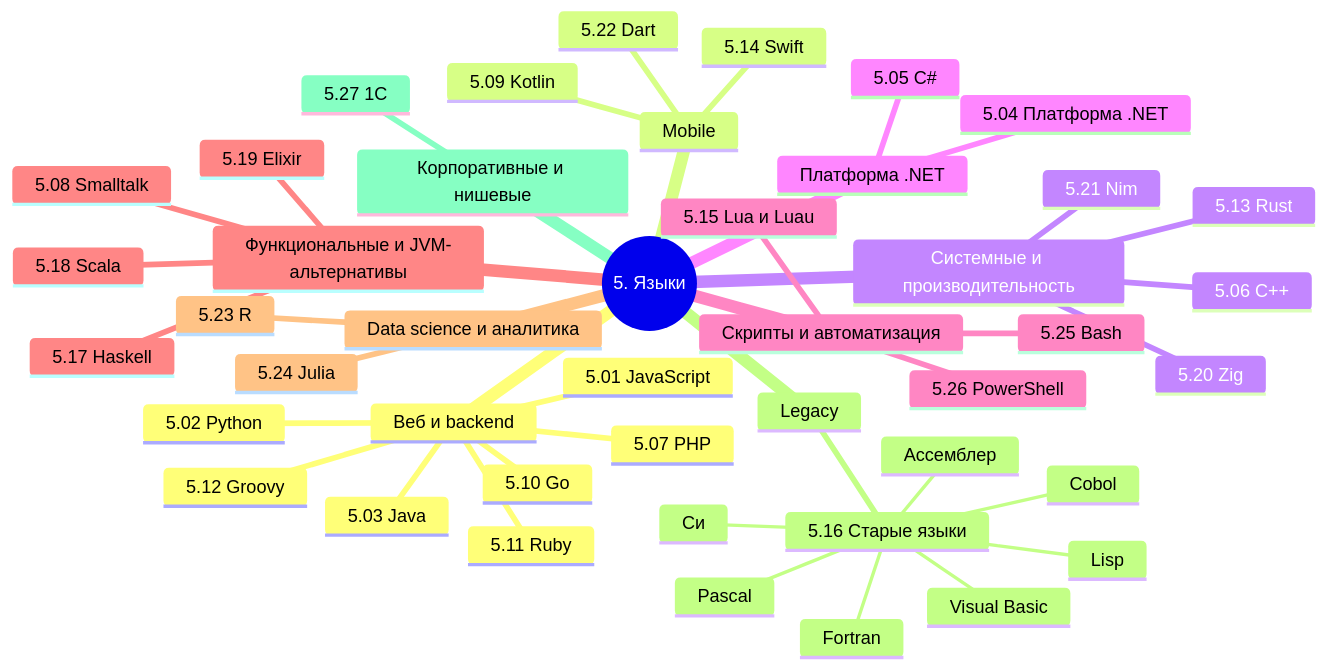
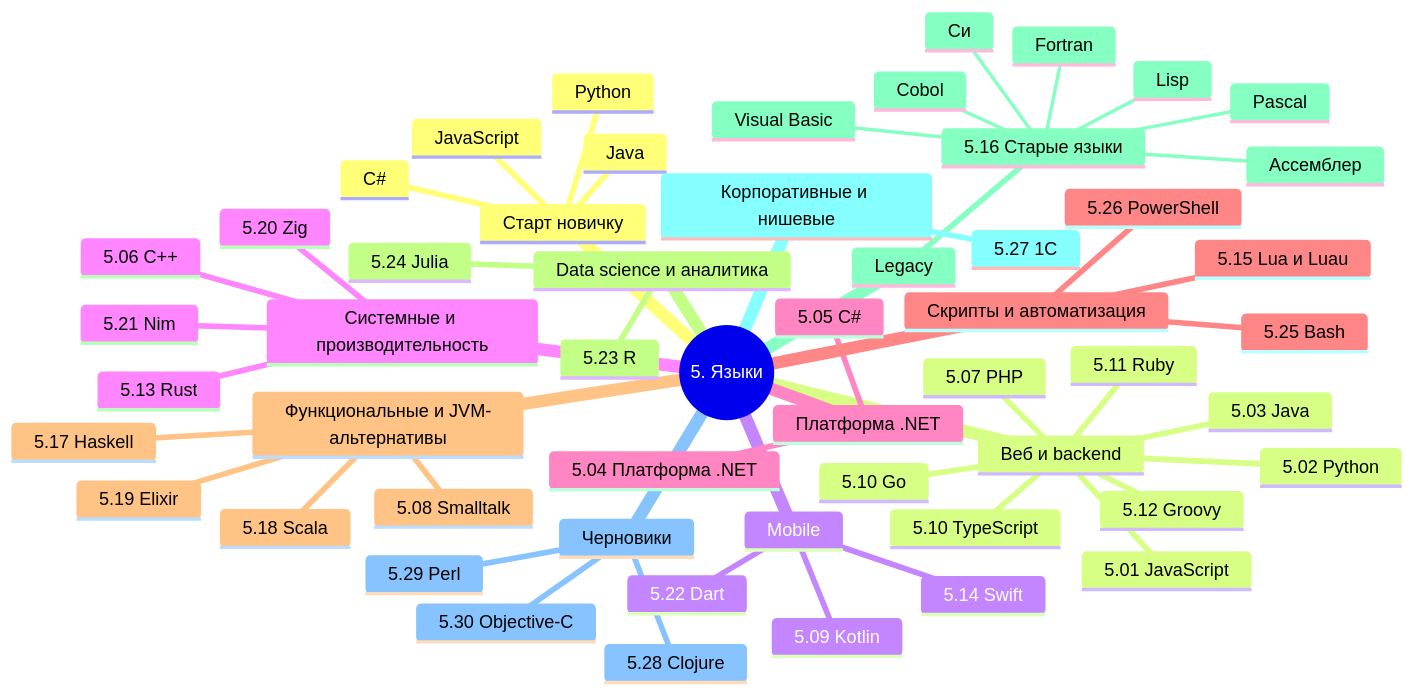
The diagram in docs/encyclopedia/5-languages/languages.md (Spirzen/it-knowledge-base), drawn with Mermaid before and after one commit. The commit also changed other lines of this file and 315 other files, not shown here.

````diff
--- a/docs/encyclopedia/5-languages/languages.md
+++ b/docs/encyclopedia/5-languages/languages.md
@@ -47,47 +47,57 @@
 ```mermaid
 mindmap
   root((5. Языки))
+    Старт новичку
+      Python
+      JavaScript
+      C#
+      Java
     Веб и backend
       5.01 JavaScript
+      5.10 TypeScript
       5.02 Python
       5.03 Java
       5.07 PHP
       5.10 Go
       5.11 Ruby
       5.12 Groovy
     Mobile
       5.09 Kotlin
       5.14 Swift
       5.22 Dart
     Системные и производительность
       5.06 C++
       5.13 Rust
       5.20 Zig
       5.21 Nim
     Платформа .NET
       5.04 Платформа .NET
       5.05 C#
     Скрипты и автоматизация
       5.15 Lua и Luau
       5.25 Bash
       5.26 PowerShell
     Функциональные и JVM-альтернативы
       5.08 Smalltalk
       5.17 Haskell
       5.18 Scala
       5.19 Elixir
     Data science и аналитика
       5.23 R
       5.24 Julia
     Legacy
       5.16 Старые языки
         Си
         Ассемблер
         Pascal
         Fortran
         Cobol
         Lisp
         Visual Basic
     Корпоративные и нишевые
       5.27 1С
+    Черновики
+      5.28 Clojure
+      5.29 Perl
+      5.30 Objective-C
 ```
````
